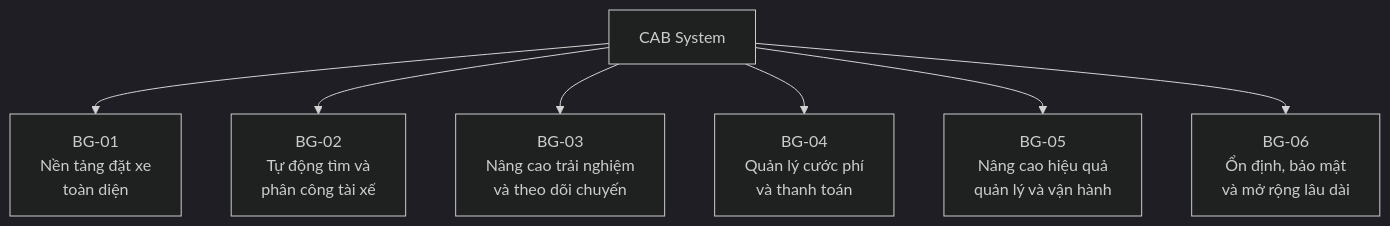
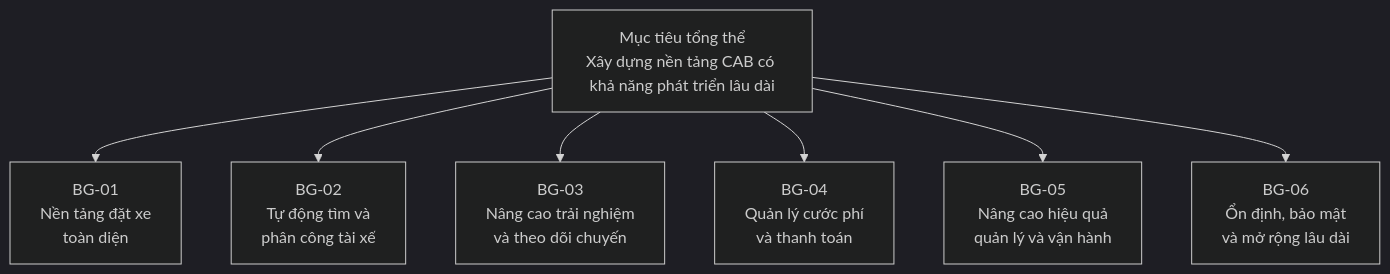
Before and after one commit to ntthuyvy0205-source/23662281_NguyenThiThuyVy_CABSYSTEM: the third of 3 diagrams in SRS.md, drawn with Mermaid (dark theme). The commit also changed other lines of this file, not shown here.

````diff
--- a/SRS.md
+++ b/SRS.md
@@ -175,18 +179,24 @@
 ```mermaid
 flowchart TB
-    CAB["CAB System"]
+
+    CAB["Mục tiêu tổng thể<br/>Xây dựng nền tảng CAB có khả năng phát triển lâu dài"]
 
     BG01["BG-01<br/>Nền tảng đặt xe<br/>toàn diện"]
+
     BG02["BG-02<br/>Tự động tìm và<br/>phân công tài xế"]
+
     BG03["BG-03<br/>Nâng cao trải nghiệm<br/>và theo dõi chuyến"]
+
     BG04["BG-04<br/>Quản lý cước phí<br/>và thanh toán"]
+
     BG05["BG-05<br/>Nâng cao hiệu quả<br/>quản lý và vận hành"]
+
     BG06["BG-06<br/>Ổn định, bảo mật<br/>và mở rộng lâu dài"]
 
     CAB --> BG01
     CAB --> BG02
     CAB --> BG03
     CAB --> BG04
     CAB --> BG05
     CAB --> BG06
 ```
````
